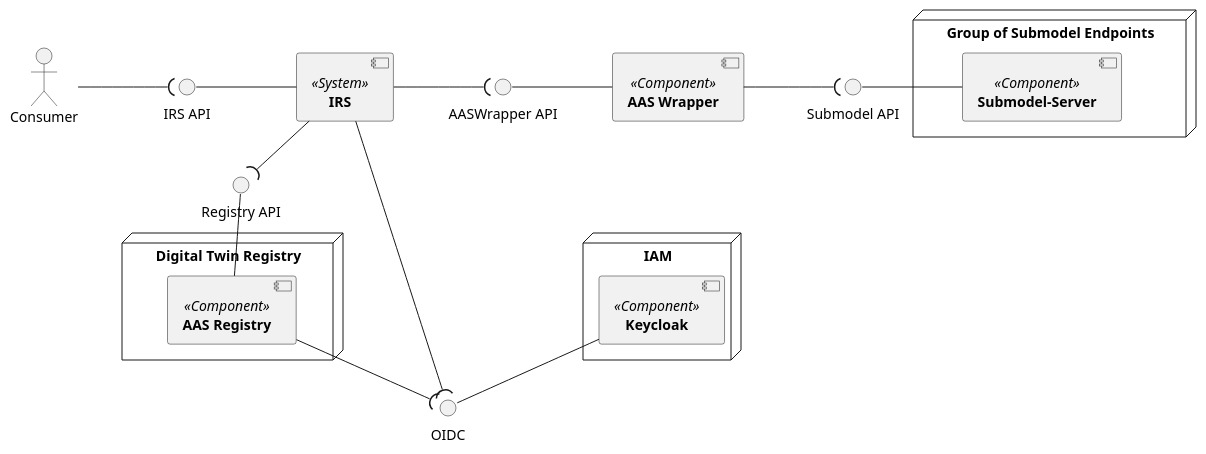
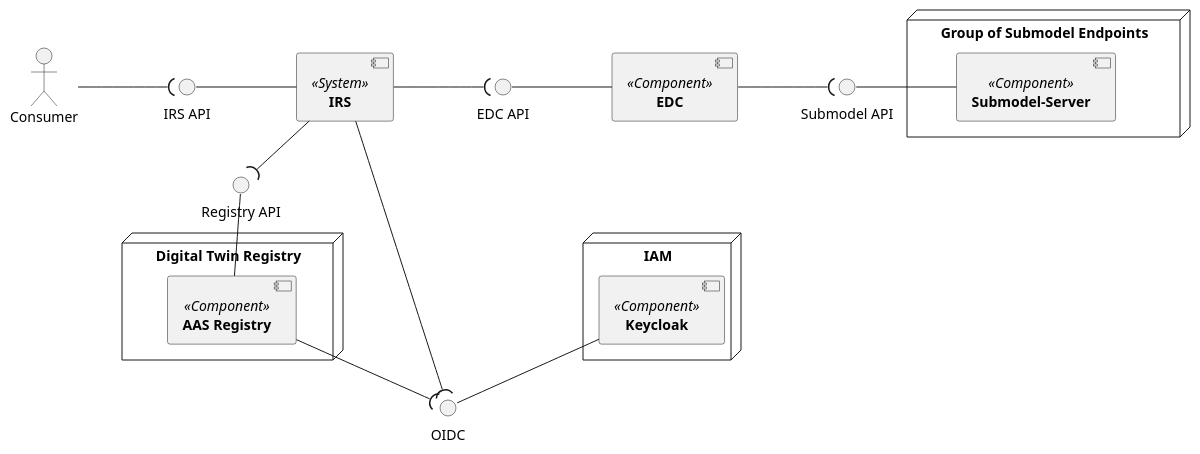
One commit to eclipse-tractusx/item-relationship-service changed the diagram in docs/src/uml-diagrams/scope-context/irs-overall-system-view.puml. Above: the diagram before and after it, drawn with PlantUML. The commit also changed 4 other files, not shown here.

Commit message:
chore(docs):[-] Remove API wrapper from documentation

```diff
--- a/docs/src/uml-diagrams/scope-context/irs-overall-system-view.puml
+++ b/docs/src/uml-diagrams/scope-context/irs-overall-system-view.puml
@@ -1,41 +1,41 @@
 @startuml 
 skinparam monochrome true
 skinparam shadowing false
 skinparam nodesep 100
 skinparam ranksep 20
 
 [**IRS**] <<System>> as IRS
 
-[**AAS Wrapper**] <<Component>> as AASW
+[**EDC**] <<Component>> as EDC
 
 
 
 node "Digital Twin Registry" {
     [**AAS Registry**] <<Component>> as AASR
 }
 node "Group of Submodel Endpoints" {
   [**Submodel-Server**] <<Component>> as SN
 }
 node "IAM" {
     [**Keycloak**] <<Component>> as KIAM
 }
 actor Consumer
 
 interface "IRS API" as IAPI
-interface "AASWrapper API" as IAASW
+interface "EDC API" as IEDC
 interface "Registry API" as IRAPI
 interface "Submodel API" as ISubModelAPI
 interface "OIDC" as IAMAPI
 
 Consumer -( IAPI
 IAPI - IRS
-IAASW - AASW
-IRS -( IAASW
+IEDC - EDC
+IRS -( IEDC
 ISubModelAPI - SN
-AASW -( ISubModelAPI
+EDC -( ISubModelAPI
 IRS --( IRAPI
 IRAPI -- AASR
 IRS --down( IAMAPI
 AASR --( IAMAPI
 KIAM -- IAMAPI
 @enduml
```
